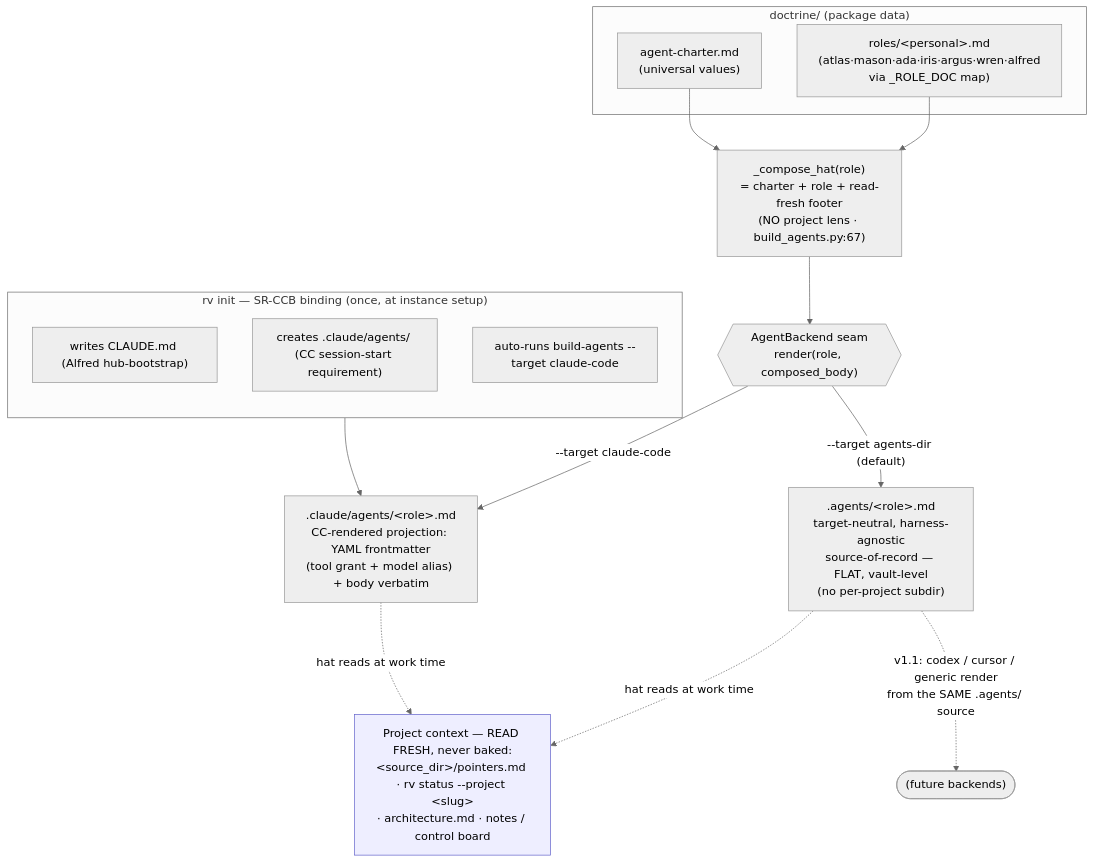
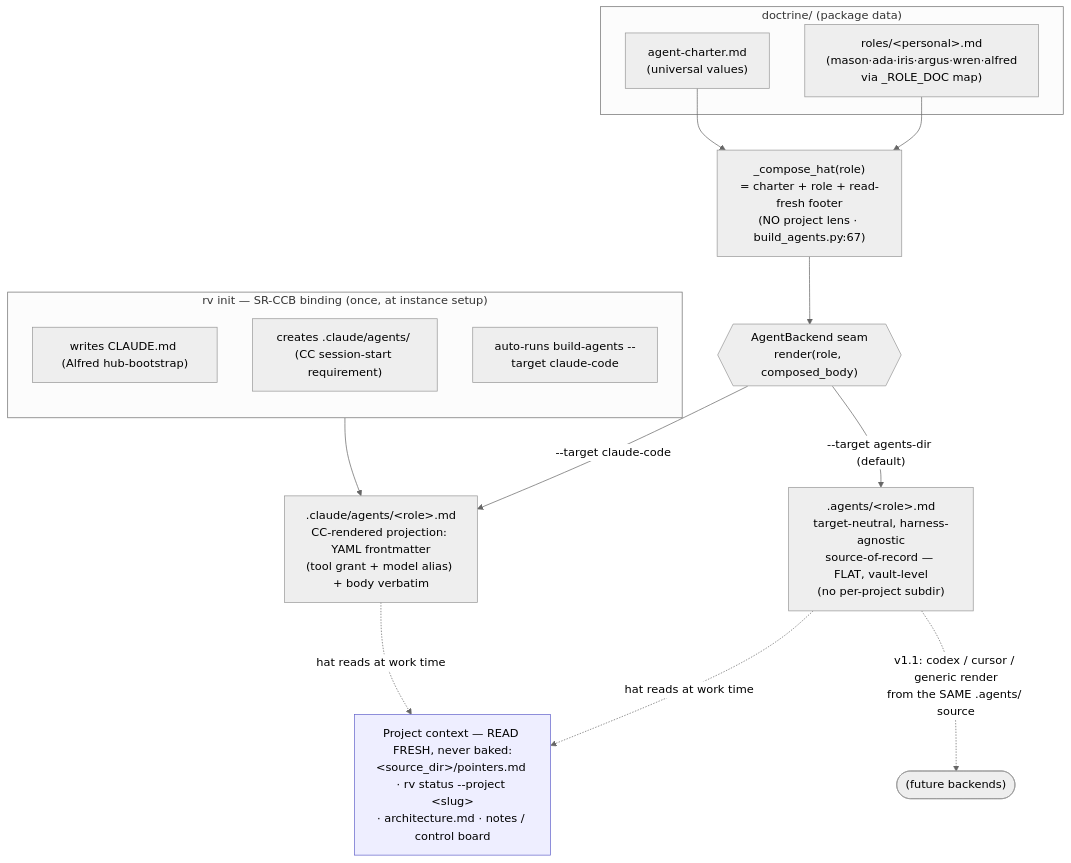
Before and after one commit to phoongkhangzhie/research-vault: the second of 2 diagrams in architecture.md, drawn with Mermaid (neutral theme). The commit also changed other lines of this file and 6 other files, not shown here.

````diff
--- a/architecture.md
+++ b/architecture.md
@@ -146,28 +146,28 @@
 ```mermaid
 flowchart TB
     subgraph DOC["doctrine/ (package data)"]
       CH["agent-charter.md<br/>(universal values)"]
-      RD["roles/&lt;personal&gt;.md<br/>(atlas·mason·ada·iris·argus·wren·alfred<br/>via _ROLE_DOC map)"]
+      RD["roles/&lt;personal&gt;.md<br/>(mason·ada·iris·argus·wren·alfred<br/>via _ROLE_DOC map)"]
     end
     COMP["_compose_hat(role)<br/>= charter + role + read-fresh footer<br/>(NO project lens · build_agents.py:67)"]
     CH --> COMP
     RD --> COMP
     COMP --> BE{{"AgentBackend seam<br/>render(role, composed_body)"}}
     BE -->|"--target agents-dir (default)"| ADS[".agents/&lt;role&gt;.md<br/>target-neutral, harness-agnostic<br/>source-of-record — FLAT, vault-level<br/>(no per-project subdir)"]
     BE -->|"--target claude-code"| CCB[".claude/agents/&lt;role&gt;.md<br/>CC-rendered projection: YAML frontmatter<br/>(tool grant + model alias) + body verbatim"]
     ADS -. "v1.1: codex / cursor / generic render<br/>from the SAME .agents/ source" .-> FUT(["(future backends)"])
 
     subgraph INIT["rv init — SR-CCB binding (once, at instance setup)"]
       direction TB
       I1["writes CLAUDE.md (Alfred hub-bootstrap)"]
       I2["creates .claude/agents/ (CC session-start requirement)"]
       I3["auto-runs build-agents --target claude-code"]
     end
     I3 --> CCB
 
     PCTX["Project context — READ FRESH, never baked:<br/>&lt;source_dir&gt;/pointers.md · rv status --project &lt;slug&gt;<br/>· architecture.md · notes / control board"]:::fresh
     CCB -. "hat reads at work time" .-> PCTX
     ADS -. "hat reads at work time" .-> PCTX
 
     classDef fresh fill:#eef,stroke:#66c;
 ```
````
